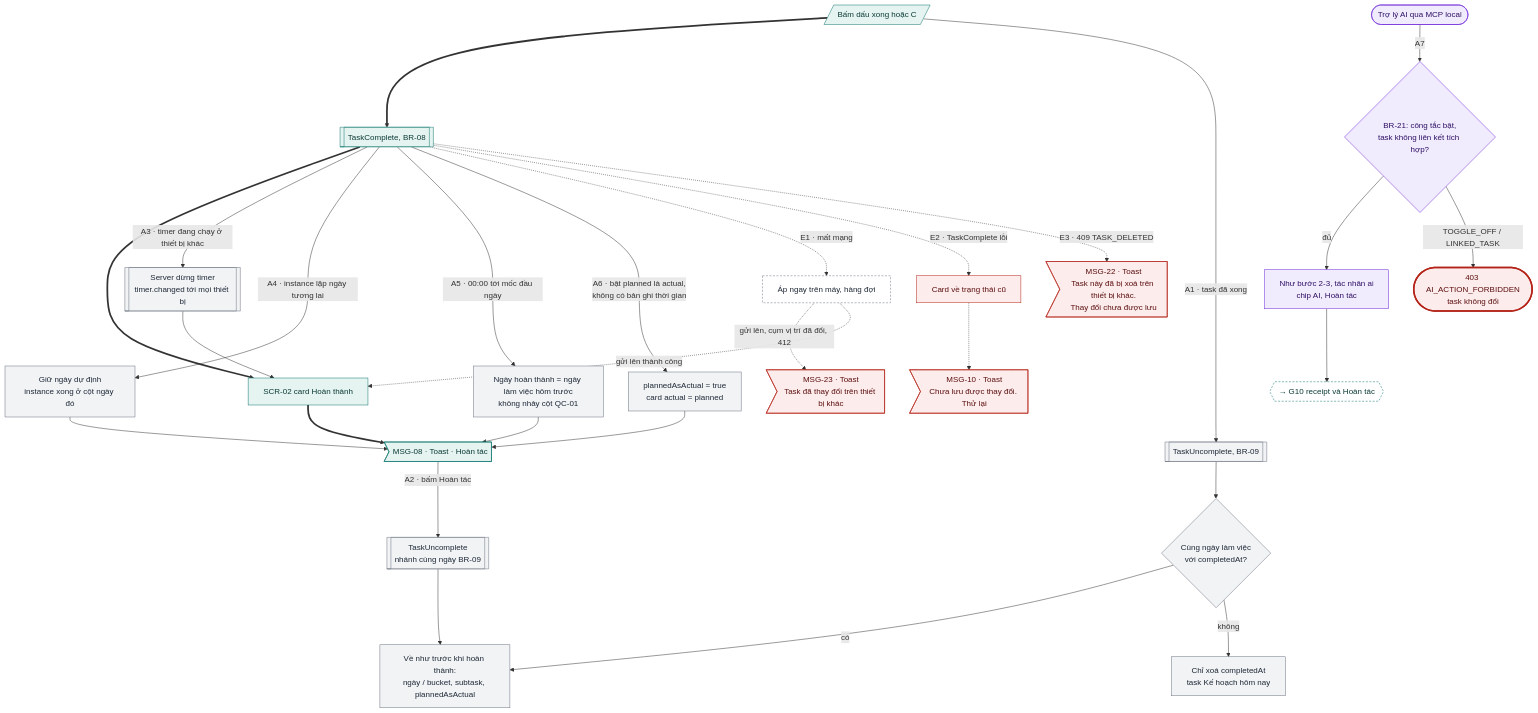
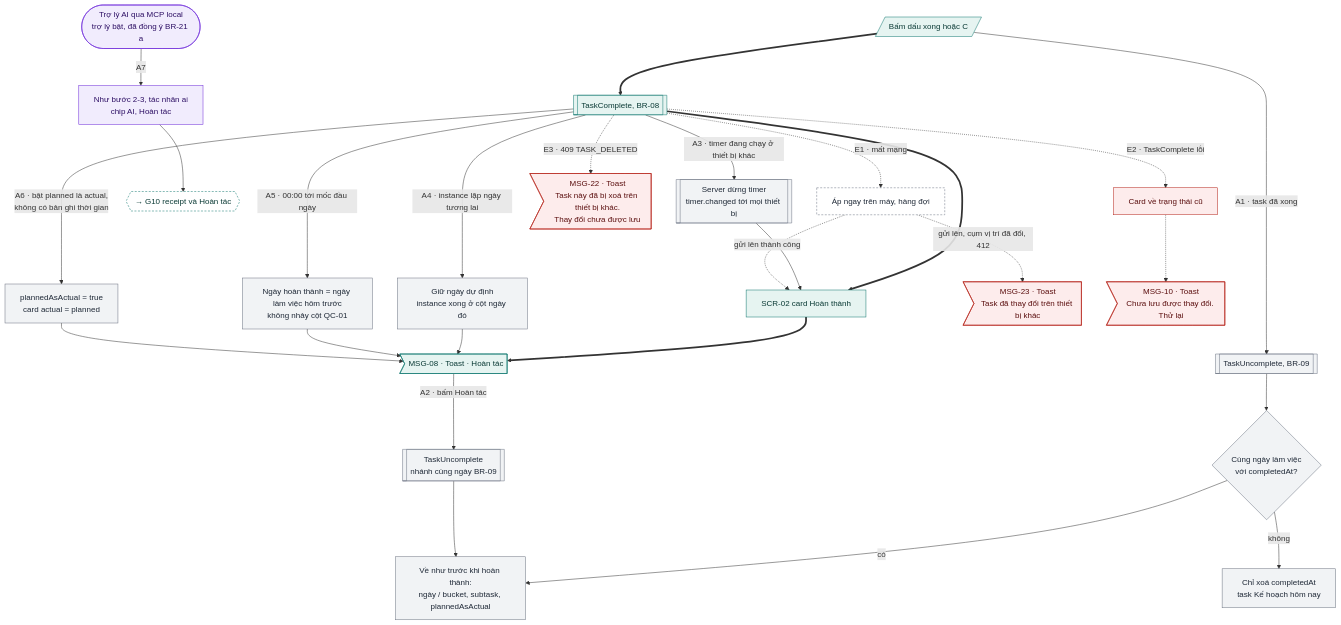
The eighth of 15 diagrams in docs/design-brief/flow/g02-quan-ly-task.md (tannguyenho/personal-app), drawn with Mermaid before and after one commit. The commit also changed other lines of this file and 17 other files, not shown here.

First line of the commit message:
docs: bỏ công tắc AI hoàn thành / xoá task (F4); cập nhật danh sách chờ chốt

````diff
--- a/docs/design-brief/flow/g02-quan-ly-task.md
+++ b/docs/design-brief/flow/g02-quan-ly-task.md
@@ -356,51 +356,48 @@
 ```mermaid
 flowchart TD
   u1[/"Bấm dấu xong hoặc C"/]
   p1[["TaskComplete, BR-08"]]
   s1["SCR-02 card Hoàn thành"]
   m1>"MSG-08 · Toast · Hoàn tác"]
   u1 ==> p1 ==> s1 ==> m1
 
   u1 -->|"A1 · task đã xong"| a1[["TaskUncomplete, BR-09"]]
   a1 --> d1{"Cùng ngày làm việc<br/>với completedAt?"}
   d1 -->|"có"| a2r["Về như trước khi hoàn thành:<br/>ngày / bucket, subtask, plannedAsActual"]
   d1 -->|"không"| a1r["Chỉ xoá completedAt<br/>task Kế hoạch hôm nay"]
   m1 -->|"A2 · bấm Hoàn tác"| a2[["TaskUncomplete<br/>nhánh cùng ngày BR-09"]]
   a2 --> a2r
   p1 -->|"A3 · timer đang chạy ở thiết bị khác"| a3[["Server dừng timer<br/>timer.changed tới mọi thiết bị"]]
   a3 --> s1
   p1 -->|"A4 · instance lặp ngày tương lai"| a4["Giữ ngày dự định<br/>instance xong ở cột ngày đó"]
   p1 -->|"A5 · 00:00 tới mốc đầu ngày"| a5["Ngày hoàn thành = ngày làm việc hôm trước<br/>không nhảy cột QC-01"]
   p1 -->|"A6 · bật planned là actual,<br/>không có bản ghi thời gian"| a6["plannedAsActual = true<br/>card actual = planned"]
   a4 --> m1
   a5 --> m1
   a6 --> m1
-  start7(["Trợ lý AI qua MCP local"]) -->|"A7"| d7{"BR-21: công tắc bật,<br/>task không liên kết tích hợp?"}
-  d7 -->|"đủ"| a7["Như bước 2-3, tác nhân ai<br/>chip AI, Hoàn tác"]
+  start7(["Trợ lý AI qua MCP local<br/>trợ lý bật, đã đồng ý BR-21 a"]) -->|"A7"| a7["Như bước 2-3, tác nhân ai<br/>chip AI, Hoàn tác"]
   a7 --> a7x{{"→ G10 receipt và Hoàn tác"}}
-  d7 -->|"TOGGLE_OFF / LINKED_TASK"| a7f(["403 AI_ACTION_FORBIDDEN<br/>task không đổi"])
 
   p1 -.->|"E1 · mất mạng"| e1["Áp ngay trên máy, hàng đợi"]
   e1 -.->|"gửi lên, cụm vị trí đã đổi, 412"| e1m>"MSG-23 · Toast<br/>Task đã thay đổi trên thiết bị khác"]
   e1 -.->|"gửi lên thành công"| s1
   p1 -.->|"E2 · TaskComplete lỗi"| e2["Card về trạng thái cũ"]
   e2 -.-> e2m>"MSG-10 · Toast<br/>Chưa lưu được thay đổi. Thử lại"]
   p1 -.->|"E3 · 409 TASK_DELETED"| e3m>"MSG-22 · Toast<br/>Task này đã bị xoá trên thiết bị khác.<br/>Thay đổi chưa được lưu"]
 
   class u1,p1,s1,m1 happy
   class a1,d1,a1r,a2,a2r,a3,a4,a5,a6 alt
-  class start7,d7,a7 ai
+  class start7,a7 ai
   class a7x link
-  class a7f fail
   class e1 sync
   class e1m,e2,e2m,e3m err
   classDef happy fill:#E6F4F1,stroke:#0F766E,color:#0B3B36
   classDef alt fill:#F1F3F5,stroke:#6B7280,color:#1F2937
   classDef err fill:#FDECEC,stroke:#B42318,color:#5C1010
   classDef warn fill:#FEF4E2,stroke:#B45309,color:#4A2604
   classDef ai fill:#F1ECFD,stroke:#6D28D9,color:#2E1065
   classDef sync fill:#FFFFFF,stroke:#6B7280,stroke-dasharray:4 3,color:#1F2937
   classDef link fill:#FFFFFF,stroke:#0F766E,stroke-dasharray:4 3,color:#0B3B36
   classDef done fill:#E6F4F1,stroke:#0F766E,stroke-width:3px,color:#0B3B36
   classDef fail fill:#FDECEC,stroke:#B42318,stroke-width:3px,color:#5C1010
 ```
````
